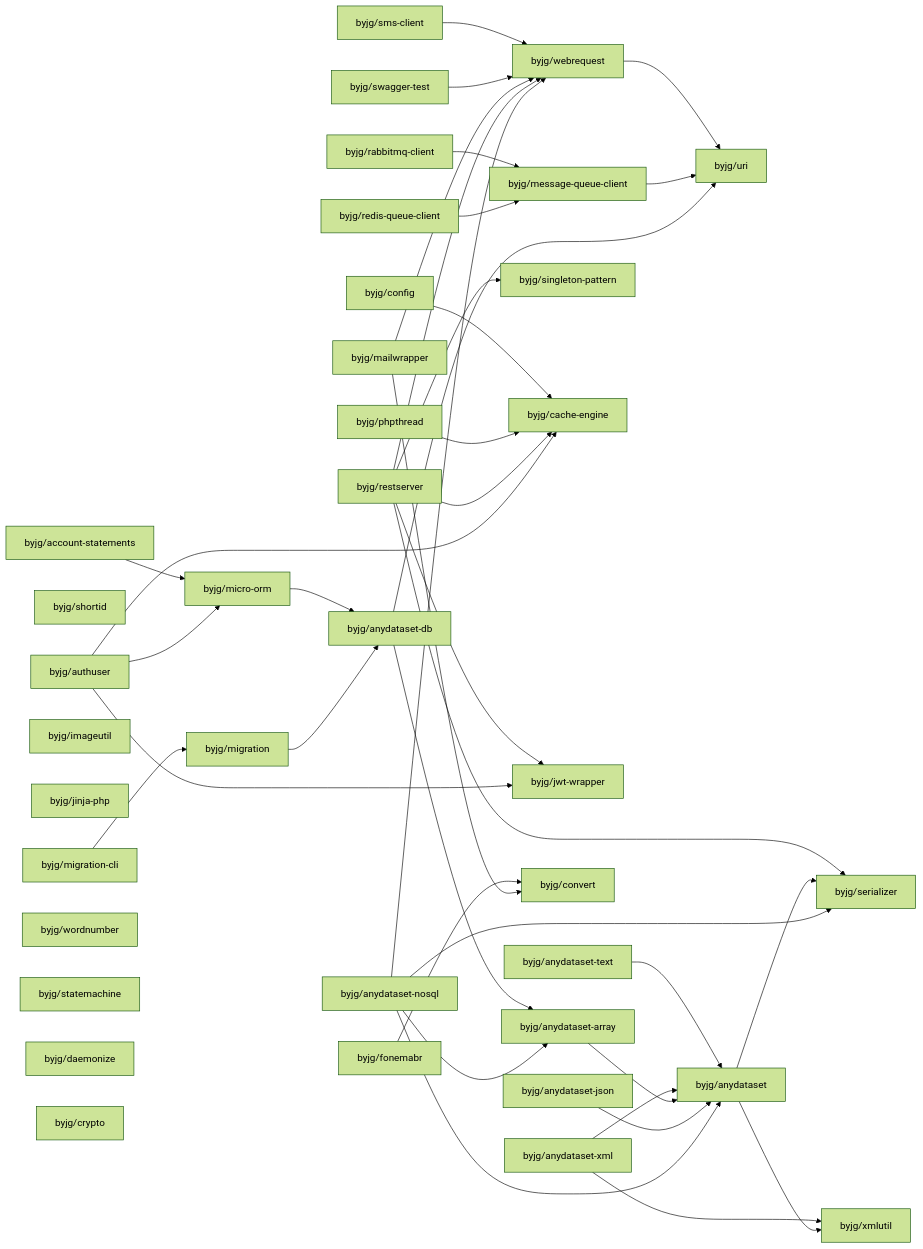
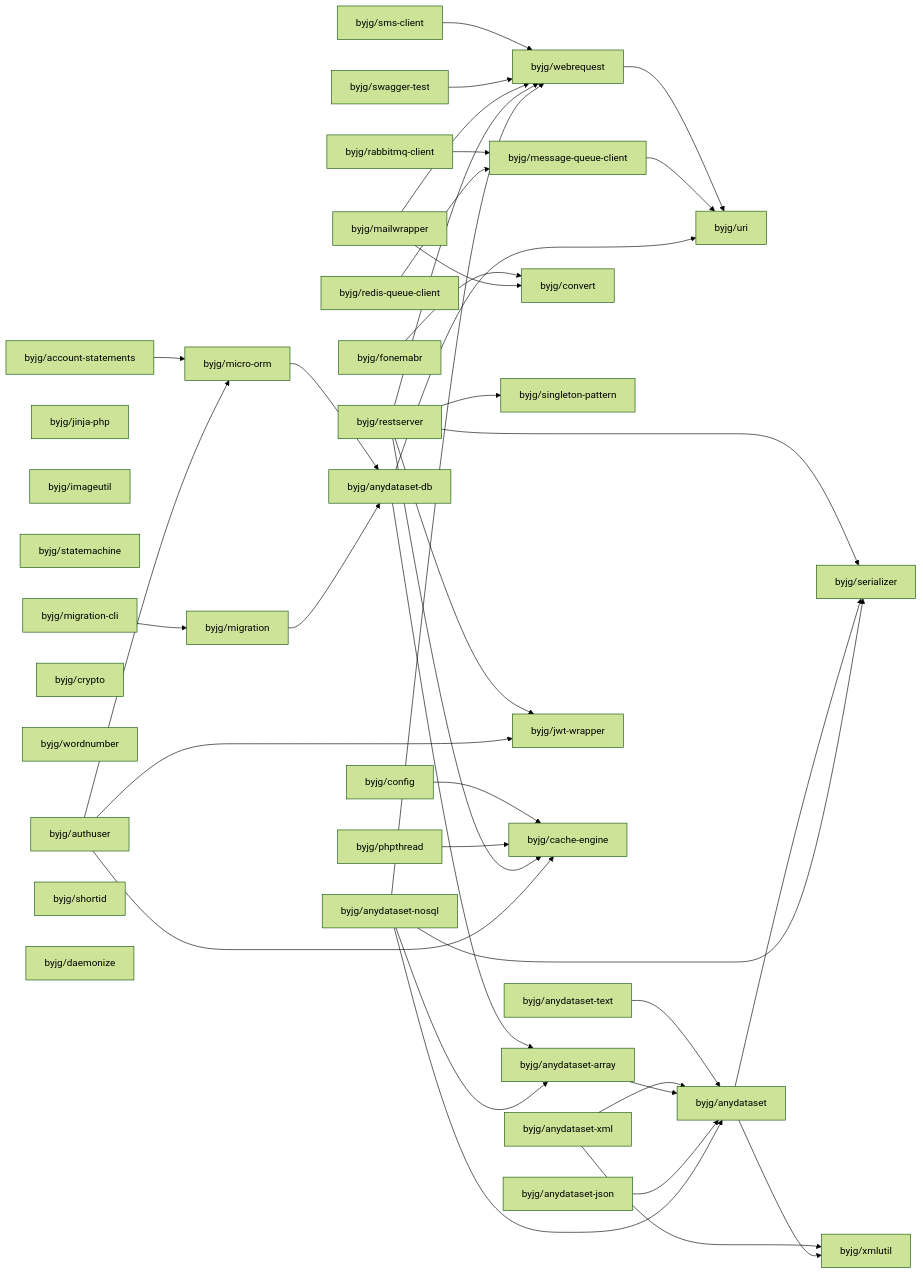
One commit to byjg/byjg.github.io changed the diagram in php/README.md. Above: the diagram before and after it, drawn with Mermaid (forest theme). The commit also changed other lines of this file and 1 other file, not shown here.

Commit message:
Update documentation 'php' 'php-swagger-test'

````diff
--- a/php/README.md
+++ b/php/README.md
@@ -3,76 +3,76 @@
 ```mermaid
 graph LR;
-  byjg/anydataset-text;
+  byjg/anydataset-xml;
+  byjg/authuser;
+  byjg/config;
+  byjg/jinja-php;
+  byjg/imageutil;
+  byjg/statemachine;
   byjg/migration-cli;
+  byjg/crypto;
+  byjg/swagger-test;
+  byjg/wordnumber;
+  byjg/redis-queue-client;
+  byjg/sms-client;
+  byjg/account-statements;
   byjg/anydataset-json;
-  byjg/sms-client;
   byjg/fonemabr;
   byjg/shortid;
-  byjg/authuser;
-  byjg/swagger-test;
-  byjg/imageutil;
-  byjg/jinja-php;
-  byjg/account-statements;
+  byjg/mailwrapper;
+  byjg/anydataset-text;
+  byjg/anydataset-nosql;
+  byjg/daemonize;
+  byjg/restserver;
+  byjg/phpthread;
   byjg/rabbitmq-client;
-  byjg/phpthread;
-  byjg/anydataset-xml;
-  byjg/config;
-  byjg/restserver;
-  byjg/redis-queue-client;
-  byjg/wordnumber;
-  byjg/anydataset-nosql;
-  byjg/statemachine;
-  byjg/mailwrapper;
-  byjg/daemonize;
-  byjg/crypto;
   byjg/migration;
   byjg/micro-orm;
+  byjg/convert;
   byjg/singleton-pattern;
+  byjg/webrequest;
+  byjg/jwt-wrapper;
   byjg/cache-engine;
-  byjg/jwt-wrapper;
   byjg/message-queue-client;
-  byjg/convert;
-  byjg/webrequest;
   byjg/anydataset-db;
   byjg/anydataset-array;
   byjg/uri;
   byjg/anydataset;
   byjg/serializer;
   byjg/xmlutil;
   byjg/sms-client --> byjg/webrequest;
   byjg/fonemabr --> byjg/convert;
   byjg/config --> byjg/cache-engine;
   byjg/anydataset-text --> byjg/anydataset;
   byjg/webrequest --> byjg/uri;
   byjg/account-statements --> byjg/micro-orm;
   byjg/rabbitmq-client --> byjg/message-queue-client;
   byjg/micro-orm --> byjg/anydataset-db;
   byjg/phpthread --> byjg/cache-engine;
   byjg/swagger-test --> byjg/webrequest;
   byjg/anydataset-xml --> byjg/anydataset;
   byjg/anydataset-xml --> byjg/xmlutil;
   byjg/anydataset-array --> byjg/anydataset;
   byjg/mailwrapper --> byjg/convert;
   byjg/mailwrapper --> byjg/webrequest;
   byjg/message-queue-client --> byjg/uri;
   byjg/anydataset-db --> byjg/anydataset-array;
   byjg/anydataset-db --> byjg/uri;
   byjg/anydataset-json --> byjg/anydataset;
   byjg/migration --> byjg/anydataset-db;
   byjg/redis-queue-client --> byjg/message-queue-client;
   byjg/restserver --> byjg/serializer;
   byjg/restserver --> byjg/singleton-pattern;
   byjg/restserver --> byjg/cache-engine;
   byjg/restserver --> byjg/webrequest;
   byjg/restserver --> byjg/jwt-wrapper;
   byjg/authuser --> byjg/micro-orm;
   byjg/authuser --> byjg/cache-engine;
   byjg/authuser --> byjg/jwt-wrapper;
   byjg/migration-cli --> byjg/migration;
   byjg/anydataset --> byjg/serializer;
   byjg/anydataset --> byjg/xmlutil;
   byjg/anydataset-nosql --> byjg/anydataset;
   byjg/anydataset-nosql --> byjg/anydataset-array;
   byjg/anydataset-nosql --> byjg/serializer;
   byjg/anydataset-nosql --> byjg/webrequest;
 ```
````
